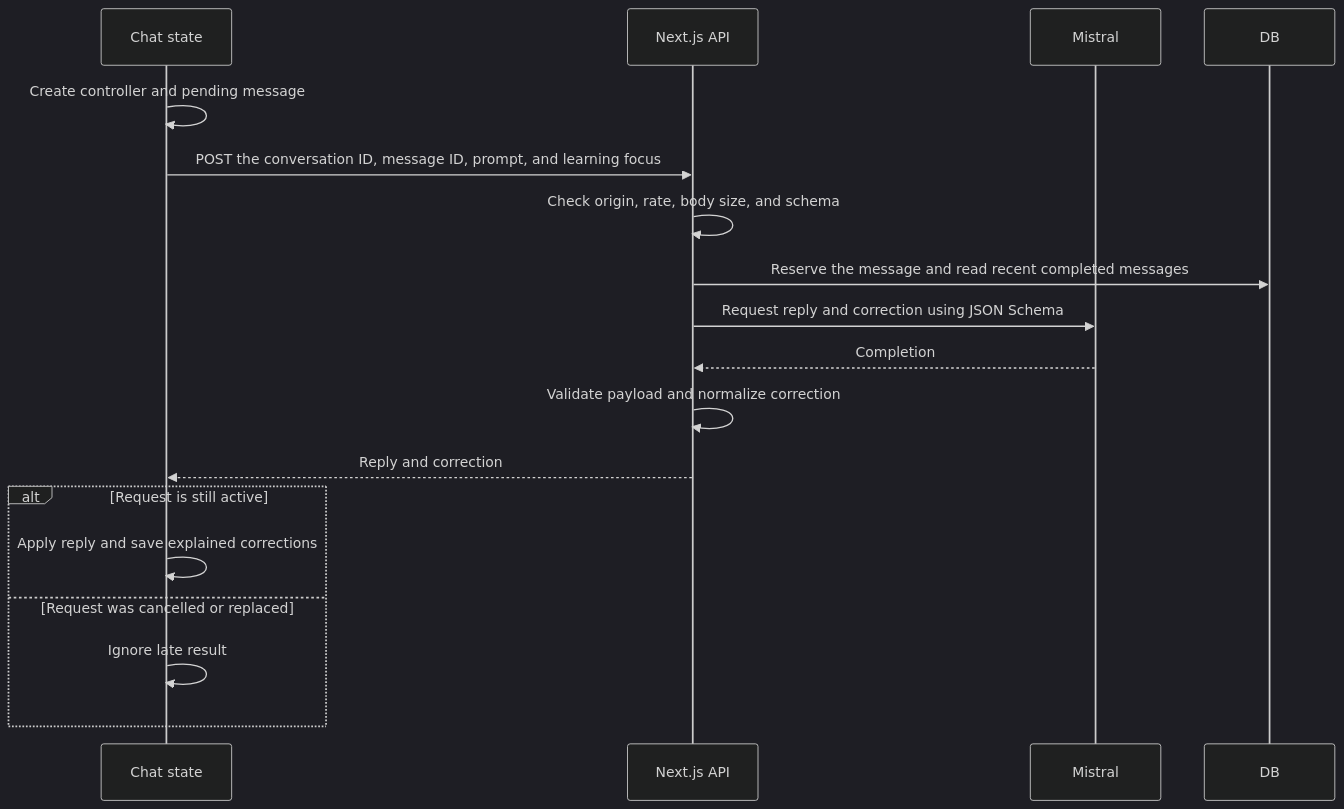
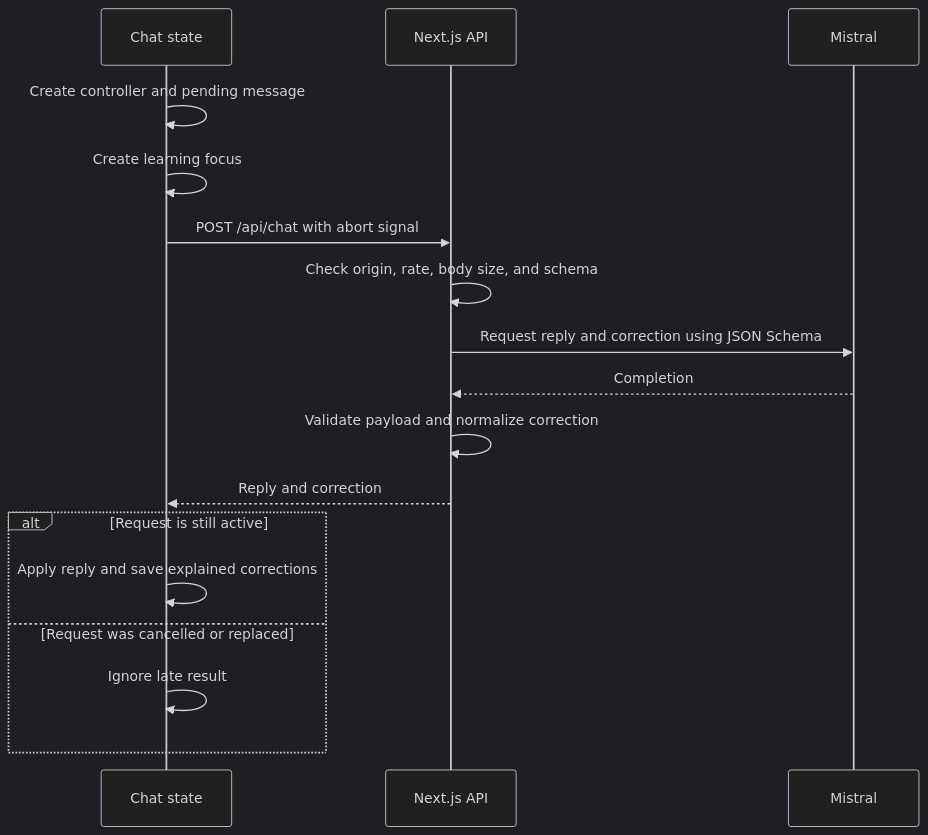
Before and after one commit to Yvesei/LangBot: the second of 5 diagrams in README.md, drawn with Mermaid (dark theme). The commit also changed other lines of this file, not shown here.

Commit message:
Keep README chat persistence details concise

````diff
--- a/README.md
+++ b/README.md
@@ -126,20 +126,20 @@
 ```mermaid
 sequenceDiagram
     participant UI as Chat state
     participant API as Next.js API
     participant AI as Mistral
 
     UI->>UI: Create controller and pending message
-    UI->>API: POST the conversation ID, message ID, prompt, and learning focus
+    UI->>UI: Create learning focus
+    UI->>API: POST /api/chat with abort signal
     API->>API: Check origin, rate, body size, and schema
-    API->>DB: Reserve the message and read recent completed messages
     API->>AI: Request reply and correction using JSON Schema
     AI-->>API: Completion
     API->>API: Validate payload and normalize correction
     API-->>UI: Reply and correction
     alt Request is still active
         UI->>UI: Apply reply and save explained corrections
     else Request was cancelled or replaced
         UI->>UI: Ignore late result
     end
 ```
````
